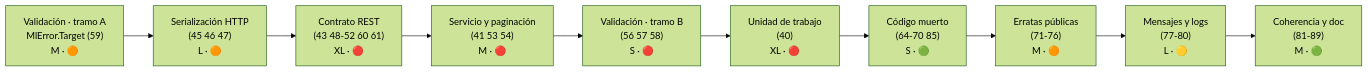
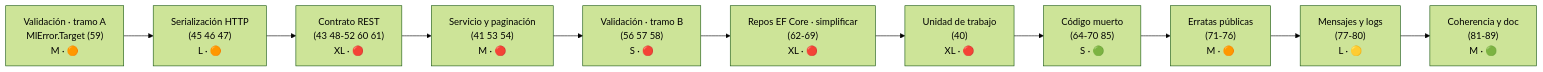
The diagram in src/docs_next/Next_Versions/2.0.0/Pendientes/README.md (moraleslarios/FOOP), drawn with Mermaid (forest theme) before and after one commit. The commit also changed other lines of this file and 20 other files, not shown here.

````diff
--- a/src/docs_next/Next_Versions/2.0.0/Pendientes/README.md
+++ b/src/docs_next/Next_Versions/2.0.0/Pendientes/README.md
@@ -72,12 +87,13 @@
 ```mermaid
 graph LR
     V1["Validación · tramo A<br/>MlError.Target (59)<br/>M · 🟠"] --> H["Serialización HTTP<br/>(45 46 47)<br/>L · 🟠"]
     H  --> R["Contrato REST<br/>(43 48-52 60 61)<br/>XL · 🔴"]
     R  --> A["Servicio y paginación<br/>(41 53 54)<br/>M · 🔴"]
     A  --> V2["Validación · tramo B<br/>(56 57 58)<br/>S · 🔴"]
-    V2 --> UOW["Unidad de trabajo<br/>(40)<br/>XL · 🔴"]
+    V2 --> SR["Repos EF Core · simplificar<br/>(62-69)<br/>XL · 🔴"]
+    SR --> UOW["Unidad de trabajo<br/>(40)<br/>XL · 🔴"]
     UOW --> DM["Código muerto<br/>(64-70 85)<br/>S · 🟢"]
     DM --> ER["Erratas públicas<br/>(71-76)<br/>M · 🟠"]
     ER --> MS["Mensajes y logs<br/>(77-80)<br/>L · 🟡"]
     MS --> CO["Coherencia y doc<br/>(81-89)<br/>M · 🟢"]
 ```
````
